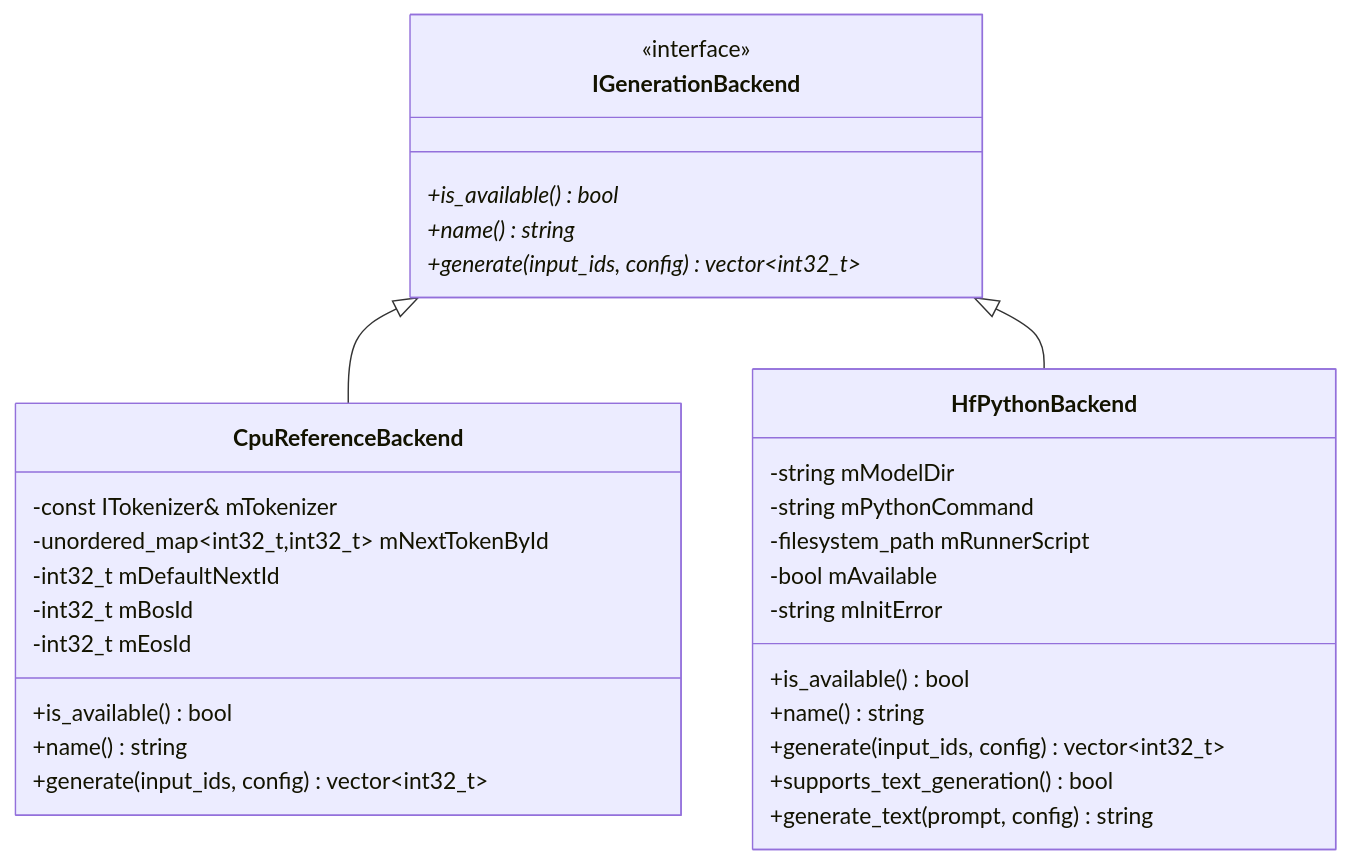
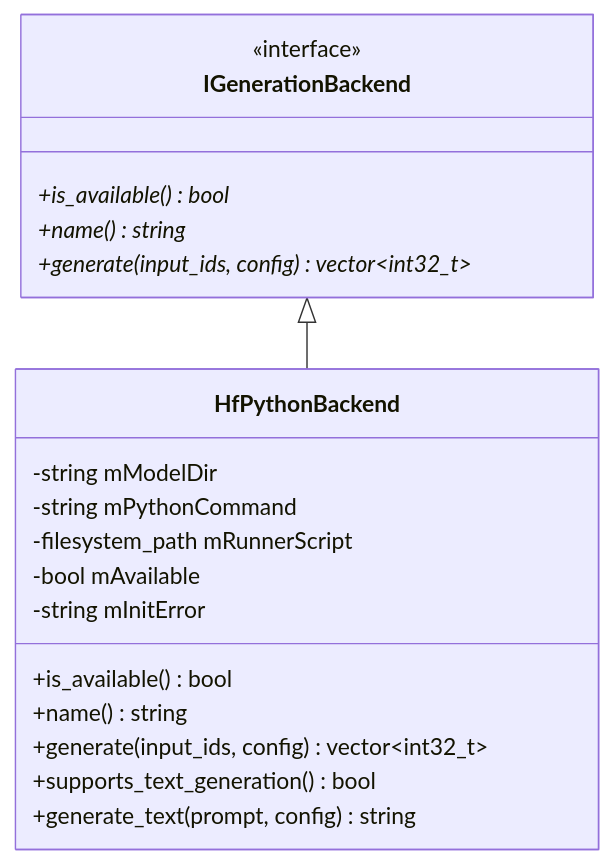
One commit to AbishekCoder1/TensorRT-Model-Connect changed the eighth of 8 diagrams in docs/wiki/Static-Design.md. Above: the diagram before and after it, drawn with Mermaid. The commit also changed other lines of this file and 76 other files, not shown here.

````diff
--- a/docs/wiki/Static-Design.md
+++ b/docs/wiki/Static-Design.md
@@ -584,36 +546,24 @@
 ```mermaid
 classDiagram
     class IGenerationBackend {
         <<interface>>
         +is_available()* bool
         +name()* string
         +generate(input_ids, config)* vector~int32_t~
-    }
-
-    class CpuReferenceBackend {
-        -const ITokenizer& mTokenizer
-        -unordered_map~int32_t,int32_t~ mNextTokenById
-        -int32_t mDefaultNextId
-        -int32_t mBosId
-        -int32_t mEosId
-        +is_available() bool
-        +name() string
-        +generate(input_ids, config) vector~int32_t~
     }
 
     class HfPythonBackend {
         -string mModelDir
         -string mPythonCommand
         -filesystem_path mRunnerScript
         -bool mAvailable
         -string mInitError
         +is_available() bool
         +name() string
         +generate(input_ids, config) vector~int32_t~
         +supports_text_generation() bool
         +generate_text(prompt, config) string
     }
 
-    IGenerationBackend <|-- CpuReferenceBackend
     IGenerationBackend <|-- HfPythonBackend
 ```
````
